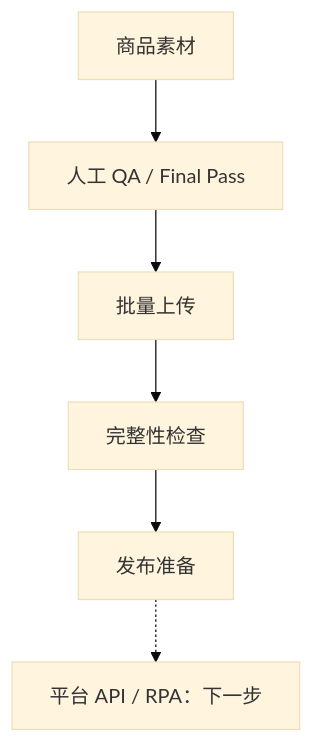
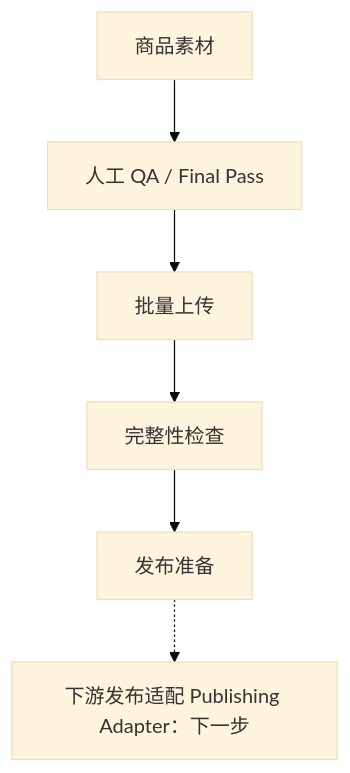
Before and after one commit to TurboChe91/ecommerce-ai-asset-workflow: the diagram in README.md, drawn with Mermaid (base theme). The commit also changed other lines of this file and 3 other files, not shown here.

````diff
--- a/README.md
+++ b/README.md
@@ -28,8 +28,8 @@
 ```mermaid
 flowchart TD
     A[商品素材] --> B[人工 QA / Final Pass]
     B --> C[批量上传]
     C --> D[完整性检查]
     D --> E[发布准备]
-    E -.-> F[平台 API / RPA：下一步]
+    E -.-> F[下游发布适配 Publishing Adapter：下一步]
 ```
````
